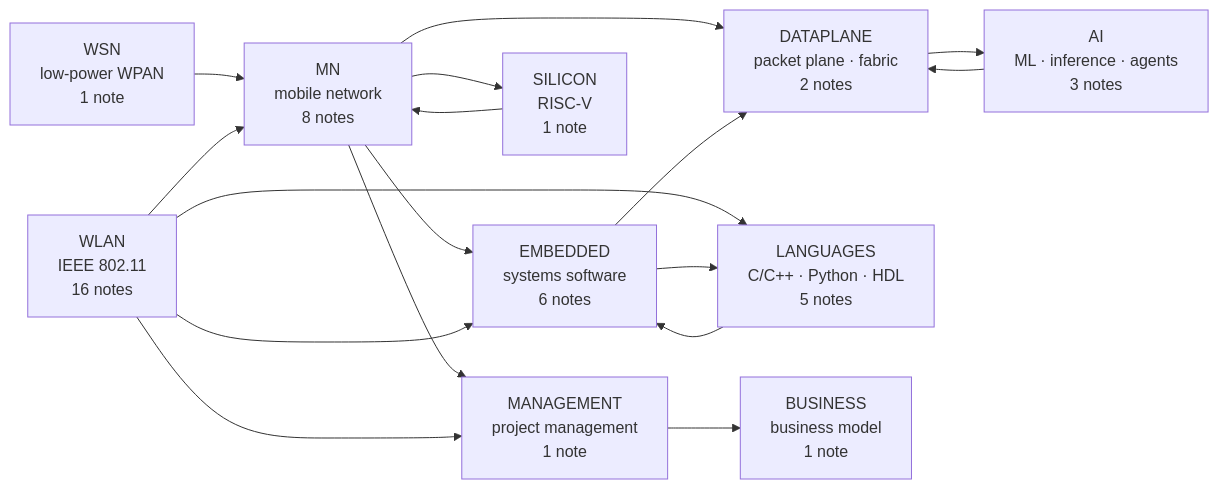
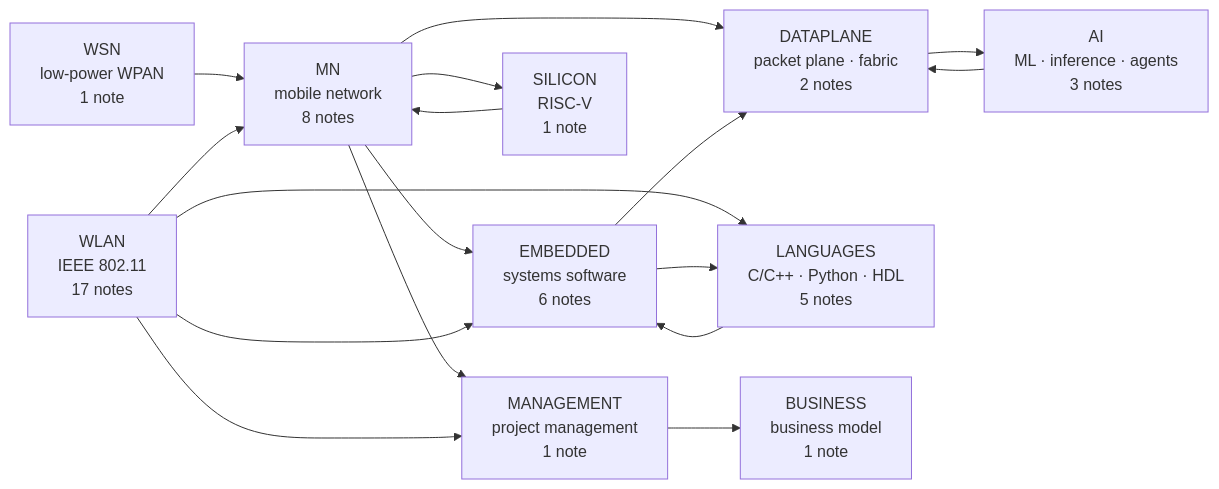
The diagram in knowledge-graph/00 MOC - Comms x Compute x AI Knowledge Graph.md (washingtonxr/xSkills), drawn with Mermaid before and after one commit. The commit also changed other lines of this file and 6 other files, not shown here.

````diff
--- a/knowledge-graph/00 MOC - Comms x Compute x AI Knowledge Graph.md
+++ b/knowledge-graph/00 MOC - Comms x Compute x AI Knowledge Graph.md
@@ -37,30 +37,30 @@
 ```mermaid
 flowchart LR
     MN["MN<br/>mobile network<br/>8 notes"]
-    WLAN["WLAN<br/>IEEE 802.11<br/>16 notes"]
+    WLAN["WLAN<br/>IEEE 802.11<br/>17 notes"]
     WSN["WSN<br/>low-power WPAN<br/>1 note"]
     EMBEDDED["EMBEDDED<br/>systems software<br/>6 notes"]
     DATAPLANE["DATAPLANE<br/>packet plane · fabric<br/>2 notes"]
     AI["AI<br/>ML · inference · agents<br/>3 notes"]
     SILICON["SILICON<br/>RISC-V<br/>1 note"]
     LANGUAGES["LANGUAGES<br/>C/C++ · Python · HDL<br/>5 notes"]
     MANAGEMENT["MANAGEMENT<br/>project management<br/>1 note"]
     BUSINESS["BUSINESS<br/>business model<br/>1 note"]
 
     WSN --> MN
     WLAN --> MN
     MN --> EMBEDDED
     MN --> DATAPLANE
     MN --> SILICON
     SILICON --> MN
     WLAN --> EMBEDDED
     WLAN --> LANGUAGES
     EMBEDDED --> LANGUAGES
     LANGUAGES --> EMBEDDED
     EMBEDDED --> DATAPLANE
     DATAPLANE --> AI
     AI --> DATAPLANE
     MN --> MANAGEMENT
     WLAN --> MANAGEMENT
     MANAGEMENT --> BUSINESS
 ```
````
